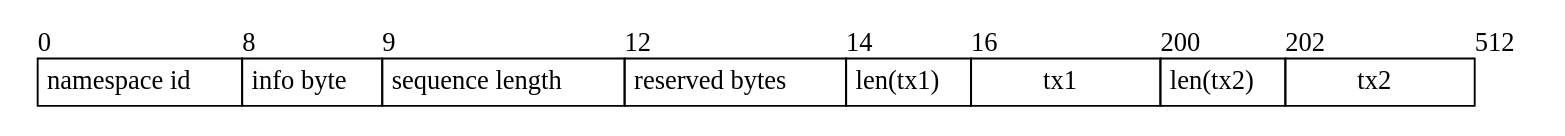
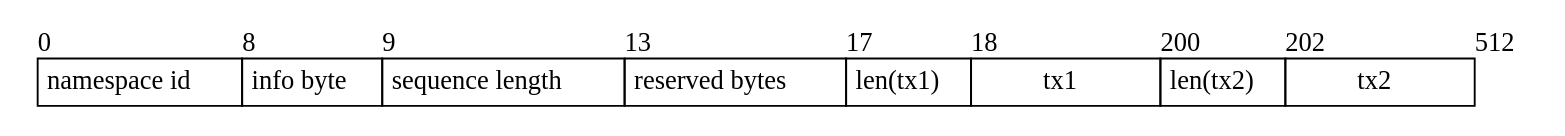
One commit to celestiaorg/celestia-app changed the diagram in specs/src/specs/figures/compact_start_share.dot. Above: the diagram before and after it, drawn with Graphviz. The commit also changed 7 other files, not shown here.

Commit message:
specs: fixed sequence len

```diff
--- a/specs/src/specs/figures/compact_start_share.dot
+++ b/specs/src/specs/figures/compact_start_share.dot
@@ -1,29 +1,29 @@
 digraph G {
     node [shape = record, penwidth = 0];
 
     share [label=<
     <table border="0" cellborder="1" cellspacing="0">
         <tr>
             <td align="left" border="0" cellpadding="0">0</td>
             <td align="left" border="0" cellpadding="0">8</td>
             <td align="left" border="0" cellpadding="0">9</td>
-            <td align="left" border="0" cellpadding="0">12</td>
-            <td align="left" border="0" cellpadding="0">14</td>
-            <td align="left" border="0" cellpadding="0">16</td>
+            <td align="left" border="0" cellpadding="0">13</td>
+            <td align="left" border="0" cellpadding="0">17</td>
+            <td align="left" border="0" cellpadding="0">18</td>
             <td align="left" border="0" cellpadding="0">200</td>
             <td align="left" border="0" cellpadding="0">202</td>
             <td align="left" border="0" cellpadding="0">512</td>
         </tr>
         <tr>
             <td width="8" cellpadding="4">namespace id</td>
             <td width="1" cellpadding="4">info byte</td>
             <td width="4" cellpadding="4">sequence length</td>
-            <td width="2" cellpadding="4">reserved bytes</td>
+            <td width="4" cellpadding="4">reserved bytes</td>
             <td width="2" cellpadding="4">len(tx1)</td>
             <td width="100" cellpadding="4">tx1</td>
             <td width="2" cellpadding="4">len(tx2)</td>
             <td width="100" cellpadding="4">tx2</td>
         </tr>
     </table>
     >];
 }
```
